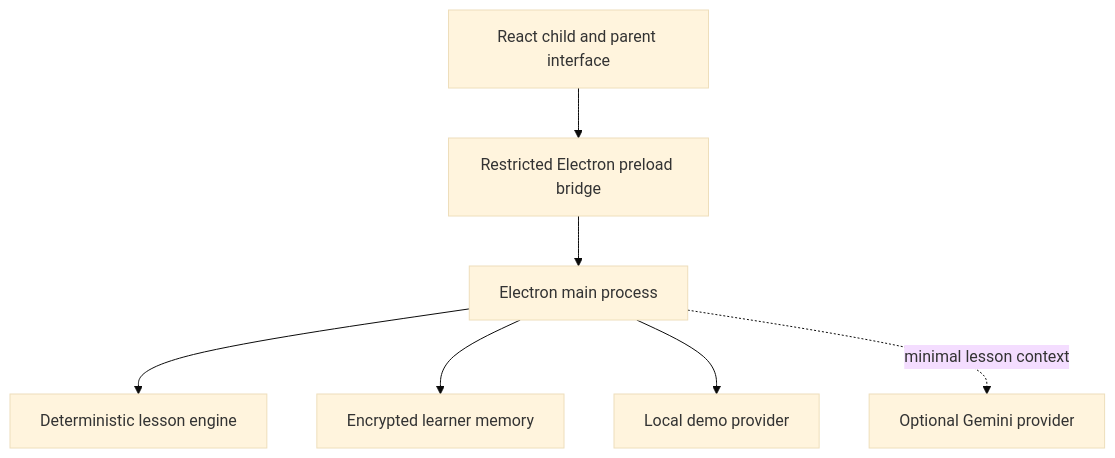
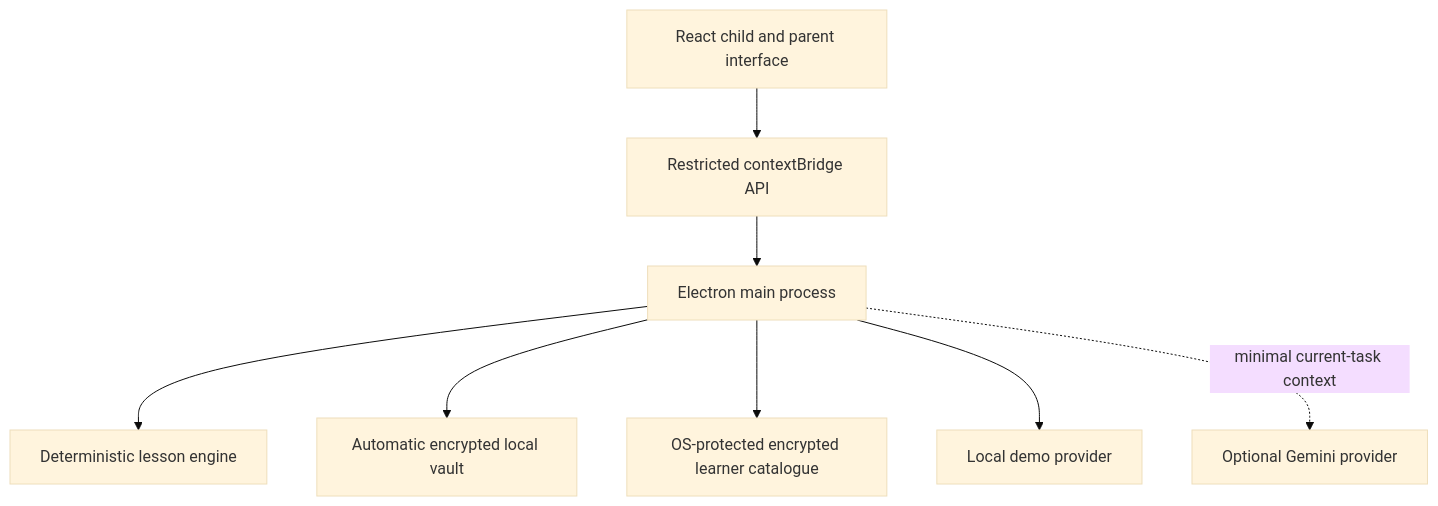
Before and after one commit to inbharatai/mindcarry: the second of 2 diagrams in README.md, drawn with Mermaid (base theme). The commit also changed other lines of this file and 36 other files, not shown here.

First line of the commit message:
feat: harden MindCarry local vault and prototype workflow

````diff
--- a/README.md
+++ b/README.md
@@ -105,17 +179,19 @@
 ```mermaid
 flowchart TB
     UI[React child and parent interface]
-    PRELOAD[Restricted Electron preload bridge]
+    BRIDGE[Restricted contextBridge API]
     MAIN[Electron main process]
     ENGINE[Deterministic lesson engine]
-    MEMORY[Encrypted learner memory]
+    VAULT[Automatic encrypted local vault]
+    CATALOG[OS-protected encrypted learner catalogue]
     DEMO[Local demo provider]
     GEMINI[Optional Gemini provider]
 
-    UI --> PRELOAD
-    PRELOAD --> MAIN
+    UI --> BRIDGE
+    BRIDGE --> MAIN
     MAIN --> ENGINE
-    MAIN --> MEMORY
+    MAIN --> VAULT
+    MAIN --> CATALOG
     MAIN --> DEMO
-    MAIN -. minimal lesson context .-> GEMINI
+    MAIN -. minimal current-task context .-> GEMINI
 ```
````
